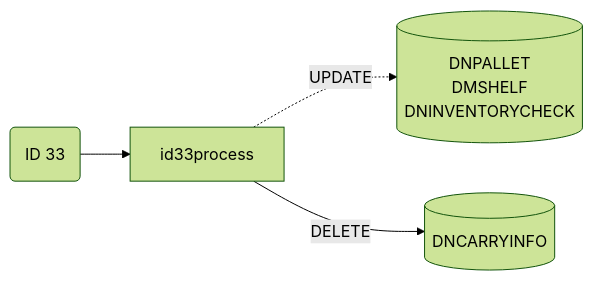
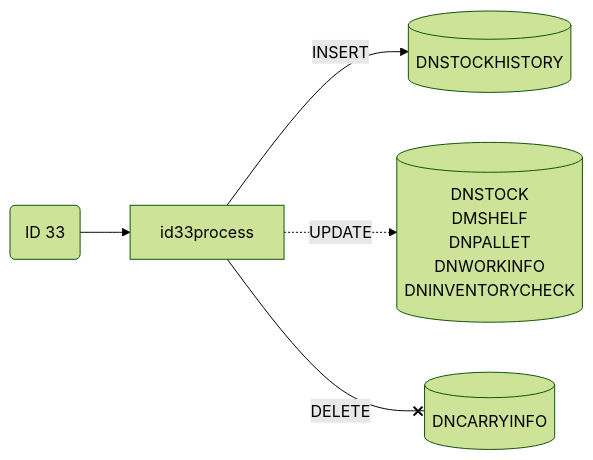
Diagram 22 of 22 in Basic-Design/DFD-WMS/Inventory-Check/Inventory-Check-from-Ambient-Area.md (luthfiadityaa/SimeDarby-Wiki), drawn with Mermaid (forest theme) before and after one commit. The commit also changed other lines of this file, not shown here.

```diff
--- a/Basic-Design/DFD-WMS/Inventory-Check/Inventory-Check-from-Ambient-Area.md
+++ b/Basic-Design/DFD-WMS/Inventory-Check/Inventory-Check-from-Ambient-Area.md
@@ -927,20 +927,27 @@
 ::: mermaid
 flowchart LR
 
 id33("
 ID 33
 ")
 
+id33-insert[("
+DNSTOCKHISTORY
+")]
+
 id33-update[("
+DNSTOCK
+DMSHELF
 DNPALLET
-DMSHELF
+DNWORKINFO
 DNINVENTORYCHECK
 ")]
 id33-delete[("
 DNCARRYINFO
 ")]
 
 id33-->id33process
+id33process--INSERT-->id33-insert
 id33process-.UPDATE.->id33-update
-id33process--DELETE-->id33-delete
+id33process--DELETE--xid33-delete
 :::
```
